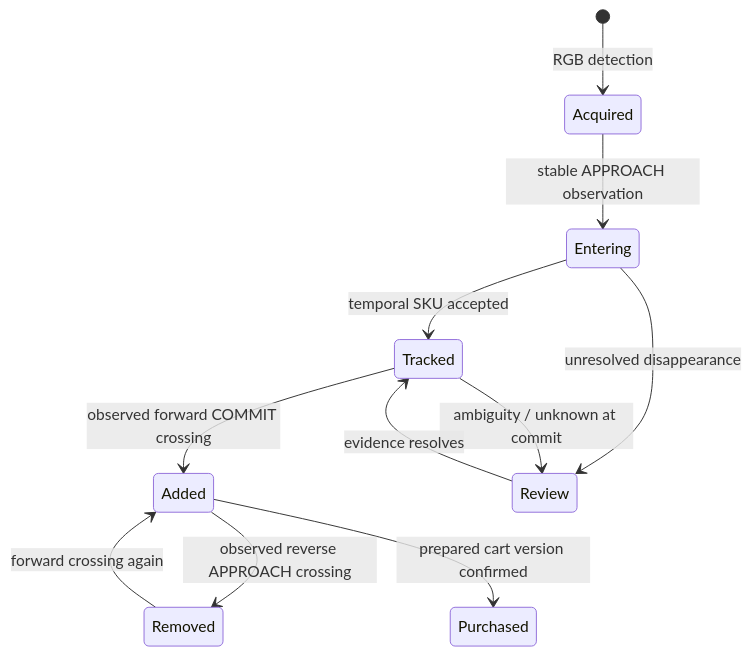
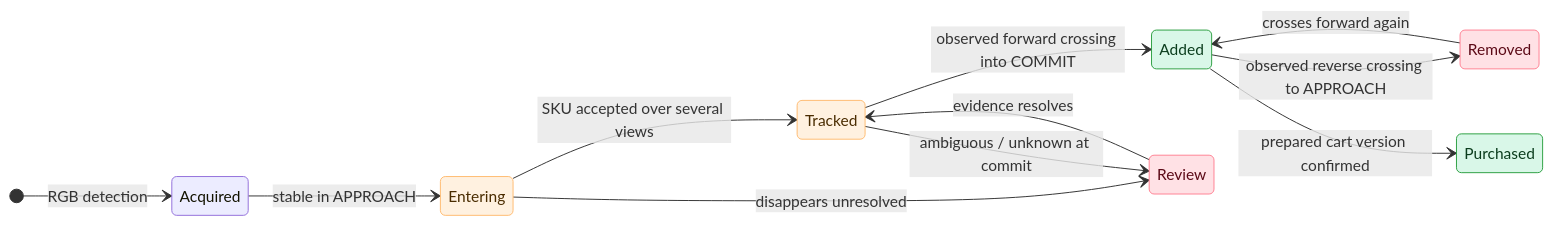
The second of 4 diagrams in docs/architecture.md (dangermos/ProPass), drawn with Mermaid before and after one commit. The commit also changed other lines of this file and 1 other file, not shown here.

Commit message:
Rewrite architecture doc with diagrams; fold in MVP contract

````diff
--- a/docs/architecture.md
+++ b/docs/architecture.md
@@ -11,13 +70,21 @@
 ```mermaid
 stateDiagram-v2
-  [*] --> Acquired: RGB detection
-  Acquired --> Entering: stable APPROACH observation
-  Entering --> Tracked: temporal SKU accepted
-  Tracked --> Added: observed forward COMMIT crossing
-  Added --> Removed: observed reverse APPROACH crossing
-  Removed --> Added: forward crossing again
-  Added --> Purchased: prepared cart version confirmed
-  Entering --> Review: unresolved disappearance
-  Tracked --> Review: ambiguity / unknown at commit
-  Review --> Tracked: evidence resolves
+    direction LR
+    [*] --> Acquired: RGB detection
+    Acquired --> Entering: stable in APPROACH
+    Entering --> Tracked: SKU accepted over several views
+    Tracked --> Added: observed forward crossing into COMMIT
+    Added --> Removed: observed reverse crossing to APPROACH
+    Removed --> Added: crosses forward again
+    Added --> Purchased: prepared cart version confirmed
+    Entering --> Review: disappears unresolved
+    Tracked --> Review: ambiguous / unknown at commit
+    Review --> Tracked: evidence resolves
+
+    classDef good fill:#d9f7e8,stroke:#2ea043,color:#0b3d1d
+    classDef warn fill:#fff1e0,stroke:#ffbb71,color:#4a2c00
+    classDef bad fill:#ffe1e5,stroke:#ff8293,color:#5c0a17
+    class Added,Purchased good
+    class Entering,Tracked warn
+    class Review,Removed bad
 ```
````
